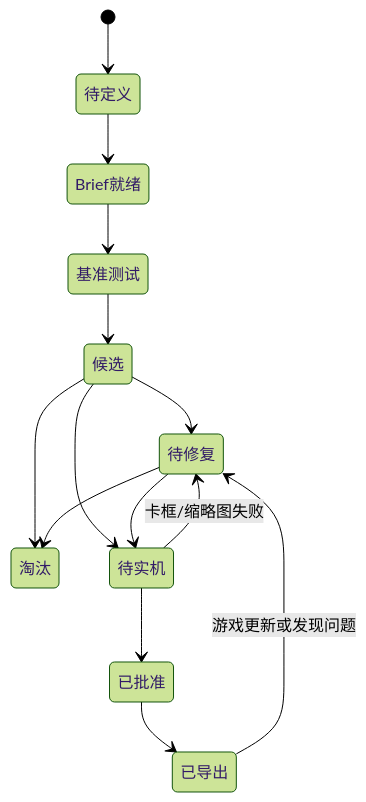
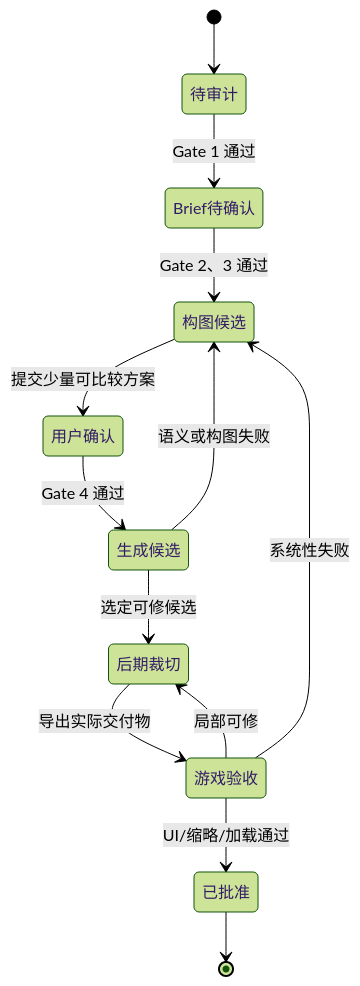
One commit to Jianbao233/STS2_mod changed the diagram in DimensionalTraveler/docs/AI美术工作流草案.md. Above: the diagram before and after it, drawn with Mermaid (forest theme). The commit also changed other lines of this file and 60 other files, not shown here.

````diff
--- a/DimensionalTraveler/docs/AI美术工作流草案.md
+++ b/DimensionalTraveler/docs/AI美术工作流草案.md
@@ -85,16 +121,15 @@
 ```mermaid
 stateDiagram-v2
-    [*] --> 待定义
-    待定义 --> Brief就绪
-    Brief就绪 --> 基准测试
-    基准测试 --> 候选
-    候选 --> 淘汰
-    候选 --> 待修复
-    候选 --> 待实机
-    待修复 --> 待实机
-    待修复 --> 淘汰
-    待实机 --> 待修复: 卡框/缩略图失败
-    待实机 --> 已批准
-    已批准 --> 已导出
-    已导出 --> 待修复: 游戏更新或发现问题
+    [*] --> 待审计
+    待审计 --> Brief待确认: Gate 1 通过
+    Brief待确认 --> 构图候选: Gate 2、3 通过
+    构图候选 --> 用户确认: 提交少量可比较方案
+    用户确认 --> 生成候选: Gate 4 通过
+    生成候选 --> 后期裁切: 选定可修候选
+    生成候选 --> 构图候选: 语义或构图失败
+    后期裁切 --> 游戏验收: 导出实际交付物
+    游戏验收 --> 已批准: UI/缩略/加载通过
+    游戏验收 --> 后期裁切: 局部可修
+    游戏验收 --> 构图候选: 系统性失败
+    已批准 --> [*]
 ```
````
